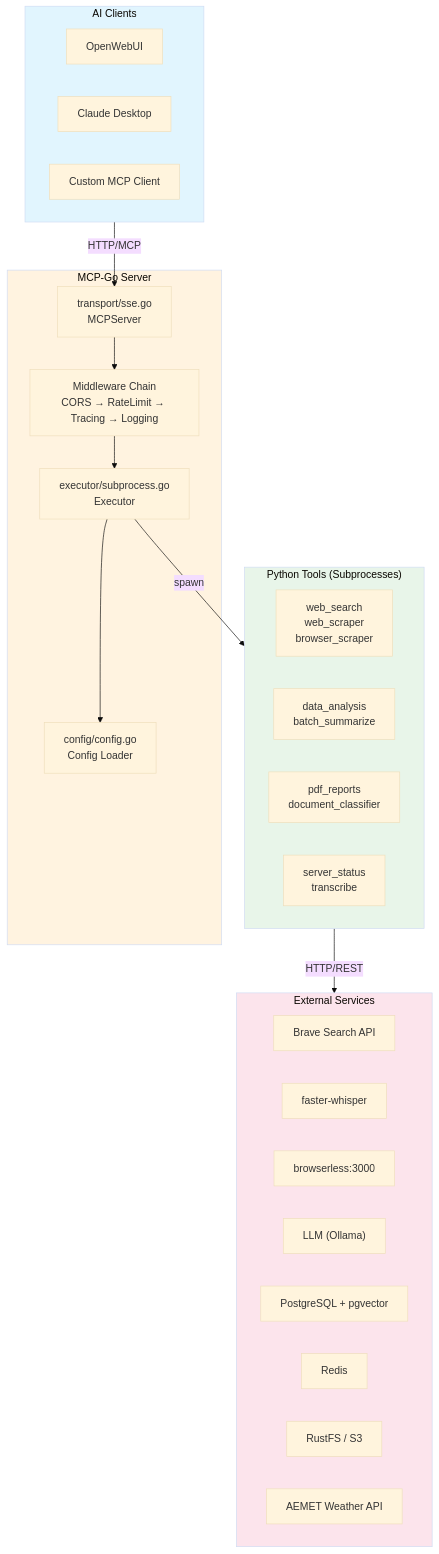
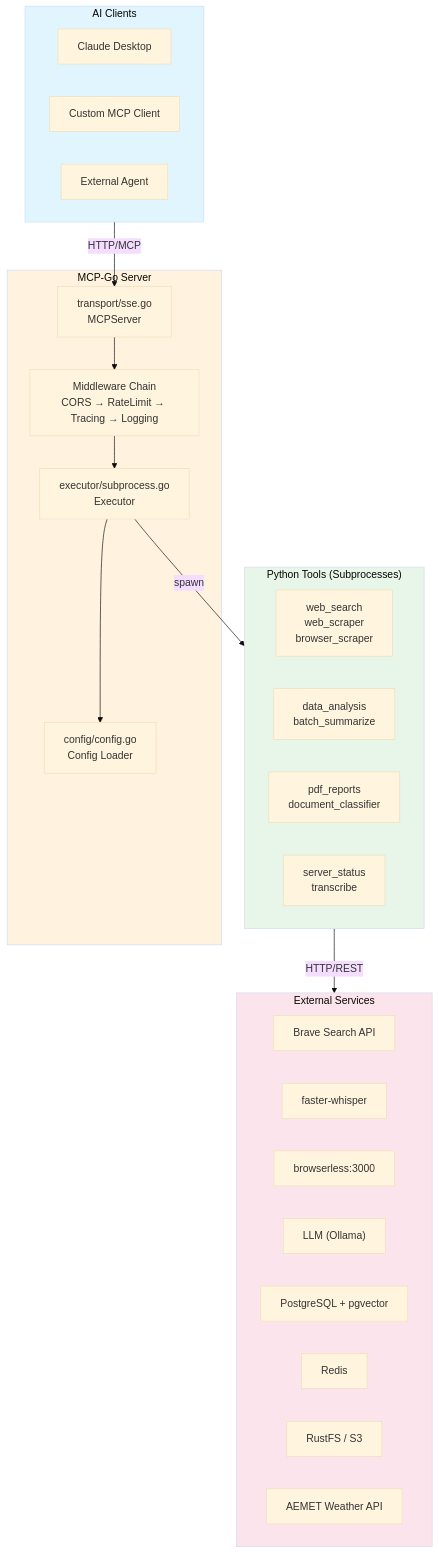
Before and after one commit to sudebaker/mcp-go: the first of 11 diagrams in docs/ARCHITECTURE.md, drawn with Mermaid (base theme). The commit also changed 17 other files, not shown here.

First line of the commit message:
refactor: remove OpenWebUI-specific references for client agnosticism

````diff
--- a/docs/ARCHITECTURE.md
+++ b/docs/ARCHITECTURE.md
@@ -120,45 +120,45 @@
 ```mermaid
 flowchart TB
     subgraph Clients["AI Clients"]
-        OpenWebUI["OpenWebUI"]
         ClaudeDesktop["Claude Desktop"]
         CustomClient["Custom MCP Client"]
+        ExternalAgent["External Agent"]
     end
 
     subgraph MCPGo["MCP-Go Server"]
         Transport["transport/sse.go<br/>MCPServer"]
         Middleware["Middleware Chain<br/>CORS → RateLimit → Tracing → Logging"]
         Executor["executor/subprocess.go<br/>Executor"]
         Config["config/config.go<br/>Config Loader"]
     end
 
     subgraph Tools["Python Tools (Subprocesses)"]
         WebTools["web_search<br/>web_scraper<br/>browser_scraper"]
         DataTools["data_analysis<br/>batch_summarize"]
         DocTools["pdf_reports<br/>document_classifier"]
         SystemTools["server_status<br/>transcribe"]
     end
 
     subgraph External["External Services"]
         BraveAPI["Brave Search API"]
         WhisperAPI["faster-whisper"]
         Browserless["browserless:3000"]
         LLM["LLM (Ollama)"]
         PostgreSQL["PostgreSQL + pgvector"]
         Redis["Redis"]
         S3["RustFS / S3"]
         AEMET["AEMET Weather API"]
     end
 
     Clients -->|HTTP/MCP| Transport
     Transport --> Middleware
     Middleware --> Executor
     Executor --> Config
     Executor -->|spawn| Tools
     Tools -->|HTTP/REST| External
 
     style Clients fill:#e1f5fe
     style MCPGo fill:#fff3e0
     style Tools fill:#e8f5e9
     style External fill:#fce4ec
 ```
````
